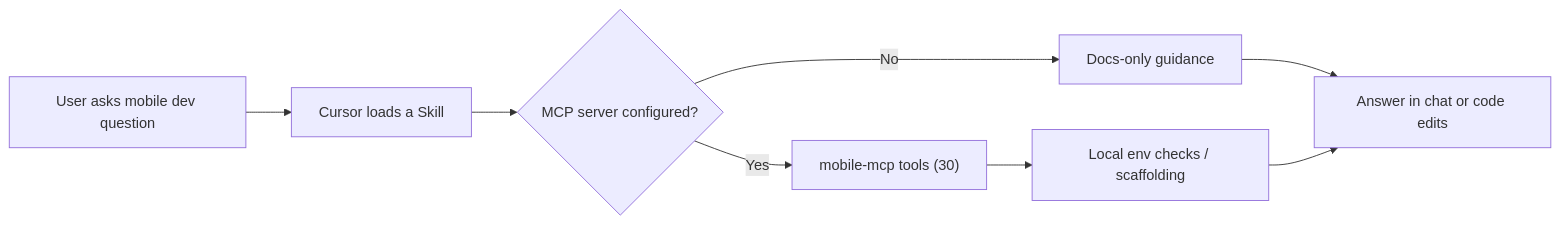
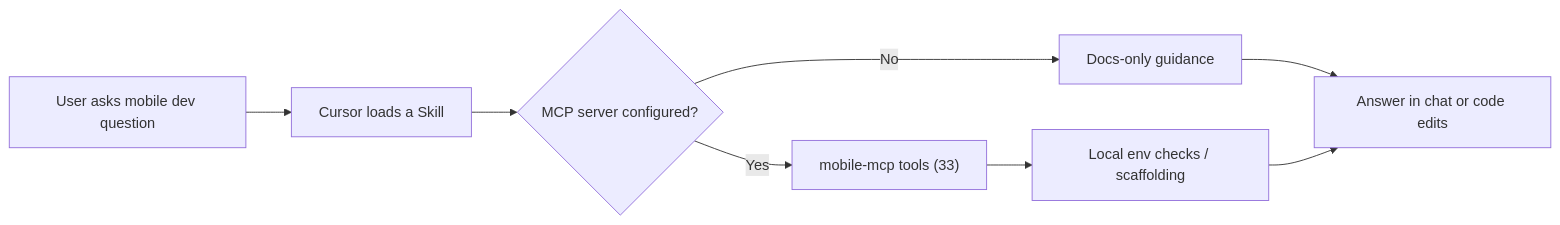
The diagram in README.md (TMHSDigital/Mobile-App-Developer-Tools), drawn with Mermaid before and after one commit. The commit also changed other lines of this file and 15 other files, not shown here.

First line of the commit message:
v0.11.0: Design & Adapt - 3 skills, 1 rule, 3 MCP tools

````diff
--- a/README.md
+++ b/README.md
@@ -60,10 +60,10 @@
 ```mermaid
 flowchart LR
     A[User asks mobile dev question] --> B[Cursor loads a Skill]
     B --> C{MCP server configured?}
-    C -->|Yes| D["mobile-mcp tools (30)"]
+    C -->|Yes| D["mobile-mcp tools (33)"]
     C -->|No| E[Docs-only guidance]
     D --> F[Local env checks / scaffolding]
     E --> G[Answer in chat or code edits]
     F --> G
 ```
````
